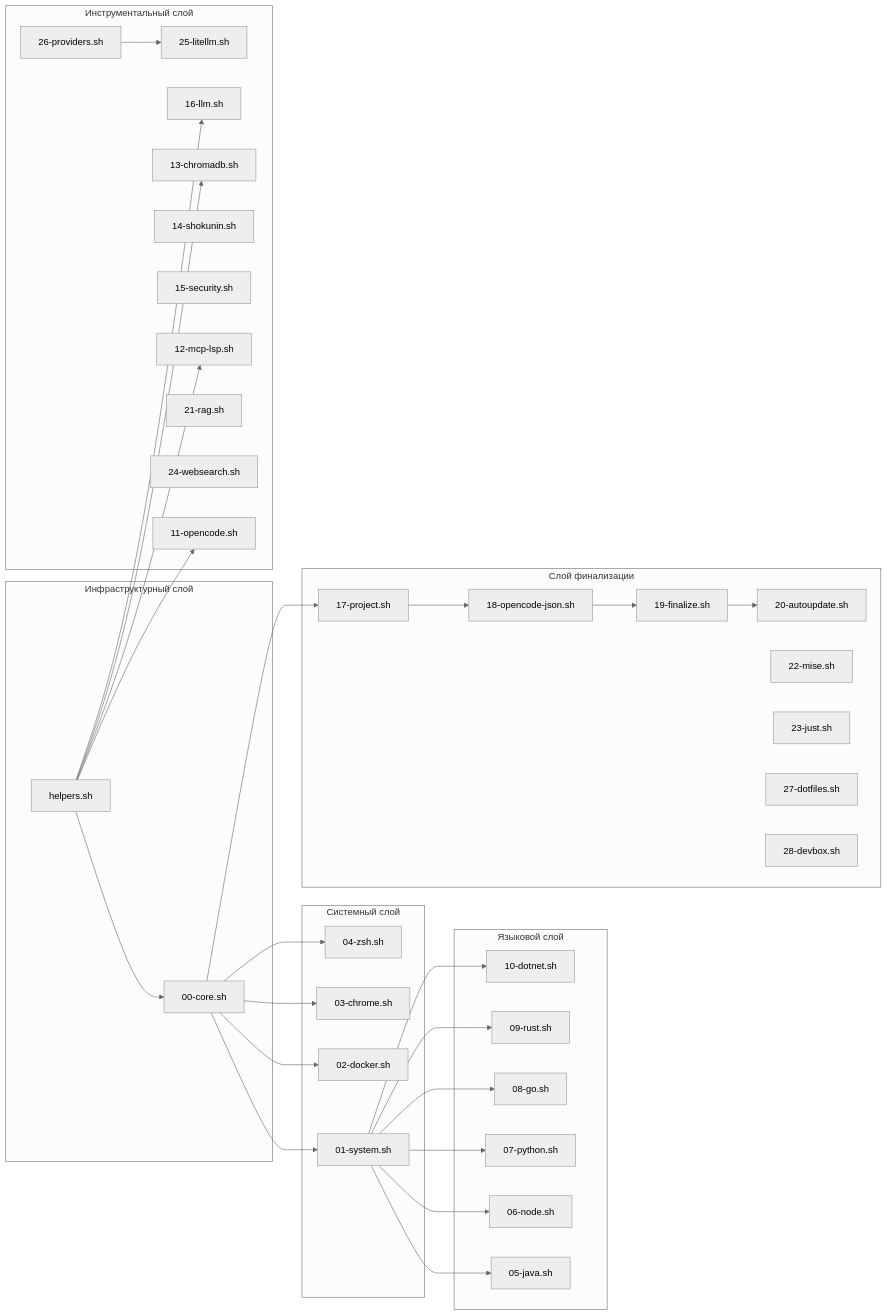
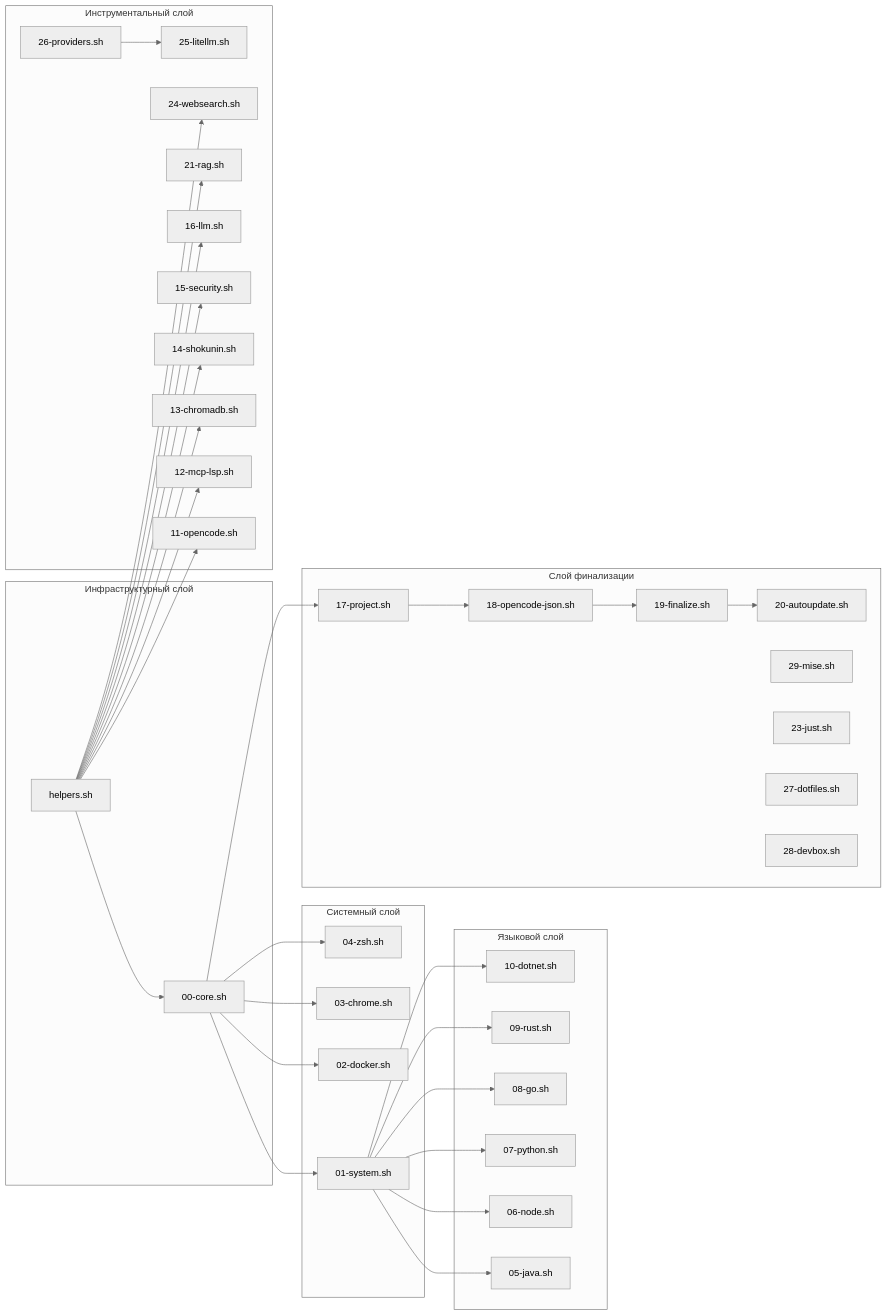
The fifth of 5 diagrams in docs/architecture/index.ru.md (AlexanderNarbaev/opencode_initializer), drawn with Mermaid (neutral theme) before and after one commit. The commit also changed other lines of this file and 20 other files, not shown here.

````diff
--- a/docs/architecture/index.ru.md
+++ b/docs/architecture/index.ru.md
@@ -134,68 +150,76 @@
 ```mermaid
 graph LR
     subgraph "Инфраструктурный слой"
         helpers["helpers.sh"]
         core["00-core.sh"]
     end
 
     subgraph "Системный слой"
         sys["01-system.sh"]
         docker["02-docker.sh"]
         chrome["03-chrome.sh"]
         zsh["04-zsh.sh"]
     end
 
     subgraph "Языковой слой"
         java["05-java.sh"]
         node["06-node.sh"]
         python["07-python.sh"]
         go["08-go.sh"]
         rust["09-rust.sh"]
         dotnet["10-dotnet.sh"]
     end
 
     subgraph "Инструментальный слой"
         opencode["11-opencode.sh"]
         mcp["12-mcp-lsp.sh"]
         chromadb["13-chromadb.sh"]
         shokunin["14-shokunin.sh"]
         sec["15-security.sh"]
         llm["16-llm.sh"]
         rag["21-rag.sh"]
         websearch["24-websearch.sh"]
         litellm["25-litellm.sh"]
         providers["26-providers.sh"]
     end
 
     subgraph "Слой финализации"
         project["17-project.sh"]
         json["18-opencode-json.sh"]
         finalize["19-finalize.sh"]
         update["20-autoupdate.sh"]
-        mise["22-mise.sh"]
+        mise["29-mise.sh"]
         just["23-just.sh"]
         dotfiles["27-dotfiles.sh"]
         devbox["28-devbox.sh"]
     end
 
     helpers --> core
     core --> sys
     core --> docker
     core --> chrome
     core --> zsh
+
     sys --> java
     sys --> node
     sys --> python
     sys --> go
     sys --> rust
     sys --> dotnet
+
     helpers --> opencode
     helpers --> mcp
     helpers --> chromadb
+    helpers --> shokunin
+    helpers --> sec
     helpers --> llm
+    helpers --> rag
+    helpers --> websearch
+
     providers --> litellm
+
     core --> project
     project --> json
     json --> finalize
     finalize --> update
 ```
````
